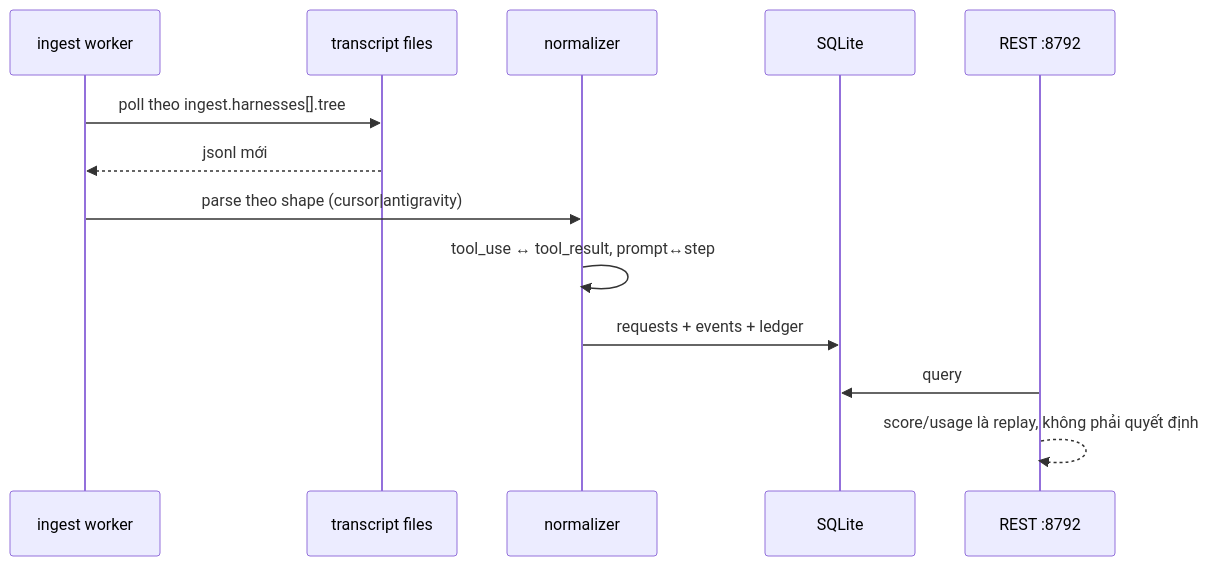
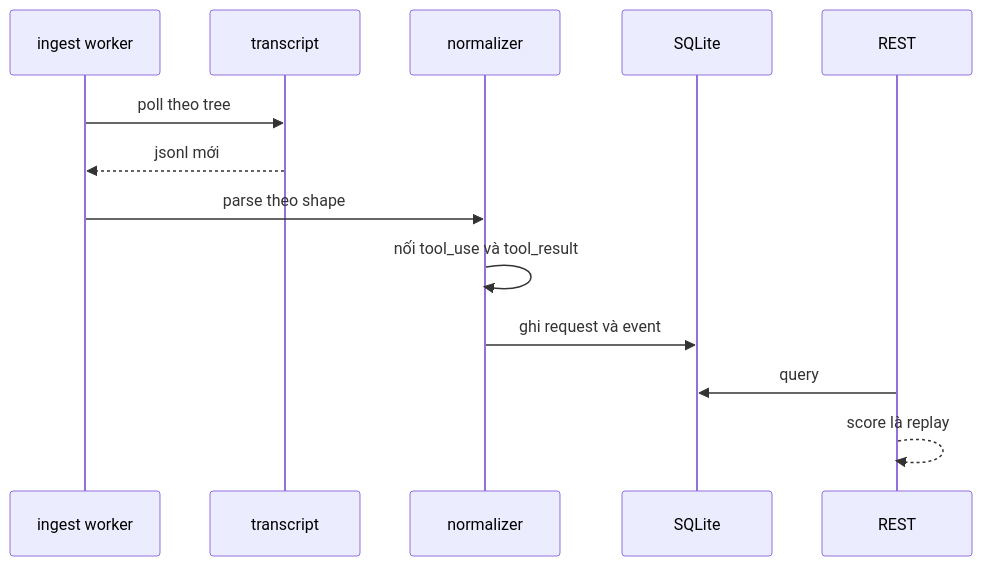
One commit to thangs2/harness-eso changed the sixth of 8 diagrams in documents/07.how-it-works/03.pipelines.md. Above: the diagram before and after it, drawn with Mermaid. The commit also changed other lines of this file and 10 other files, not shown here.

First line of the commit message:
docs: redraw the how-it-works pack under one mermaid standard

````diff
--- a/documents/07.how-it-works/03.pipelines.md
+++ b/documents/07.how-it-works/03.pipelines.md
@@ -115,15 +145,17 @@
 ```mermaid
 sequenceDiagram
-  participant W as ingest worker
-  participant F as transcript files
-  participant N as normalizer
-  participant DB as SQLite
-  participant API as REST :8792
-  W->>F: poll theo ingest.harnesses[].tree
-  F-->>W: jsonl mới
-  W->>N: parse theo shape (cursor|antigravity)
-  N->>N: tool_use ↔ tool_result, prompt↔step
-  N->>DB: requests + events + ledger
-  API->>DB: query
-  API-->>API: score/usage là replay, không phải quyết định
+    participant W as ingest worker
+    participant F as transcript
+    participant N as normalizer
+    participant DB as SQLite
+    participant API as REST
+
+    W->>F: poll theo tree
+    F-->>W: jsonl mới
+    W->>N: parse theo shape
+    N->>N: nối tool_use và tool_result
+    N->>DB: ghi request và event
+    API->>DB: query
+    API-->>API: score là replay
+
 ```
````
